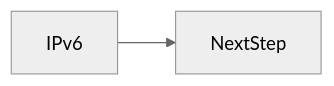
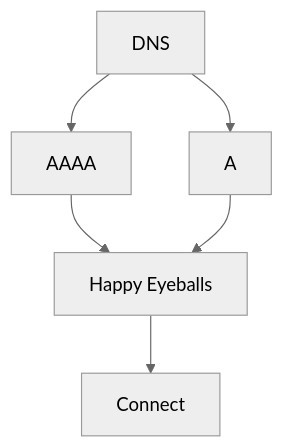
Before and after one commit to OmidJavaherii/Frontend-Engineering-Handbook: the second of 2 diagrams in docs/en/02-internet/ipv6/index.md, drawn with Mermaid (neutral theme). The commit also changed other lines of this file and 461 other files, not shown here.

````diff
--- a/docs/en/02-internet/ipv6/index.md
+++ b/docs/en/02-internet/ipv6/index.md
@@ -95,4 +105,7 @@
 ```mermaid
-flowchart LR
-  concept[IPv6] --> nextStep[NextStep]
+flowchart TD
+  DNS --> AAAA
+  DNS --> A
+  AAAA --> HE[Happy Eyeballs]
+  A --> HE --> TCPTLS[Connect]
 ```
````
